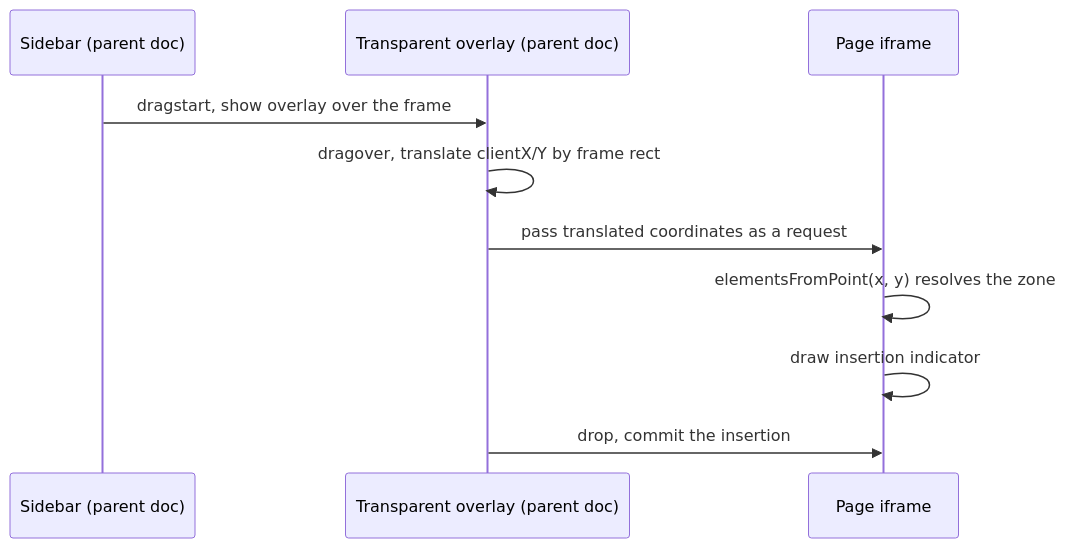
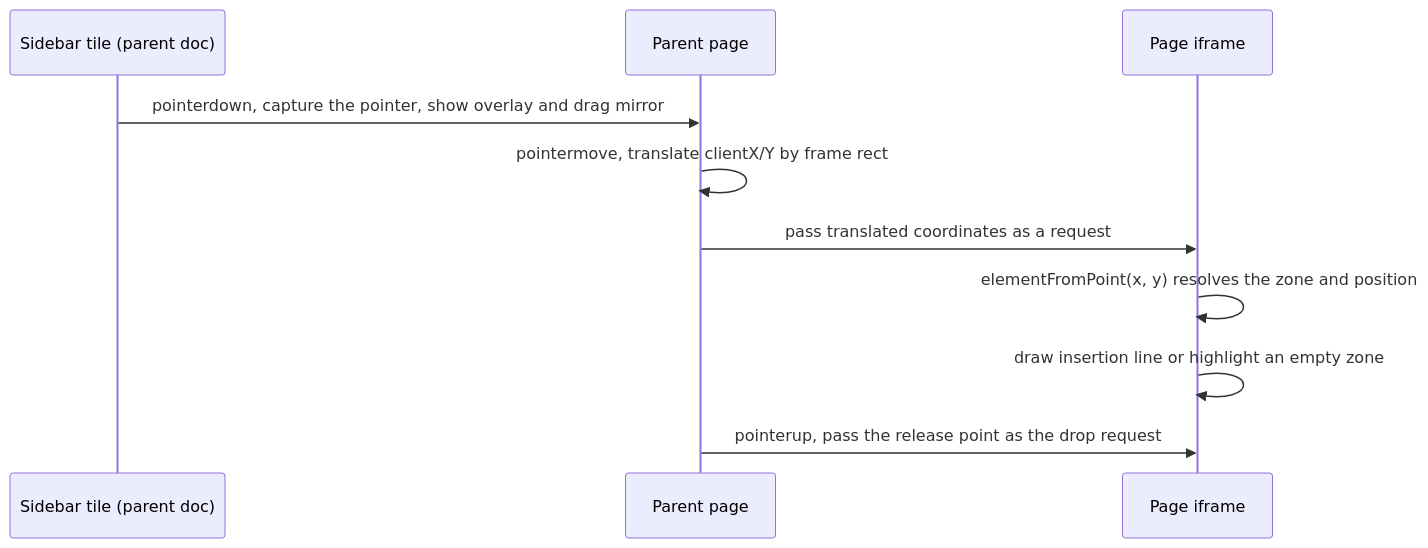
One commit to SparkDevNetwork/Rock changed the first of 2 diagrams in specs/260921-page-builder-poc.md. Above: the diagram before and after it, drawn with Mermaid. The commit also changed other lines of this file, not shown here.

Commit message:
- WIP: Update the Page Builder POC spec to save Canvas blocks with module data in block attributes.

````diff
--- a/specs/260921-page-builder-poc.md
+++ b/specs/260921-page-builder-poc.md
@@ -121,12 +181,12 @@
 ```mermaid
 sequenceDiagram
-    participant Sidebar as Sidebar (parent doc)
-    participant Overlay as Transparent overlay (parent doc)
+    participant Tile as Sidebar tile (parent doc)
+    participant Parent as Parent page
     participant Frame as Page iframe
-    Sidebar->>Overlay: dragstart, show overlay over the frame
-    Overlay->>Overlay: dragover, translate clientX/Y by frame rect
-    Overlay->>Frame: pass translated coordinates as a request
-    Frame->>Frame: elementsFromPoint(x, y) resolves the zone
-    Frame->>Frame: draw insertion indicator
-    Overlay->>Frame: drop, commit the insertion
+    Tile->>Parent: pointerdown, capture the pointer, show overlay and drag mirror
+    Parent->>Parent: pointermove, translate clientX/Y by frame rect
+    Parent->>Frame: pass translated coordinates as a request
+    Frame->>Frame: elementFromPoint(x, y) resolves the zone and position
+    Frame->>Frame: draw insertion line or highlight an empty zone
+    Parent->>Frame: pointerup, pass the release point as the drop request
 ```
````
